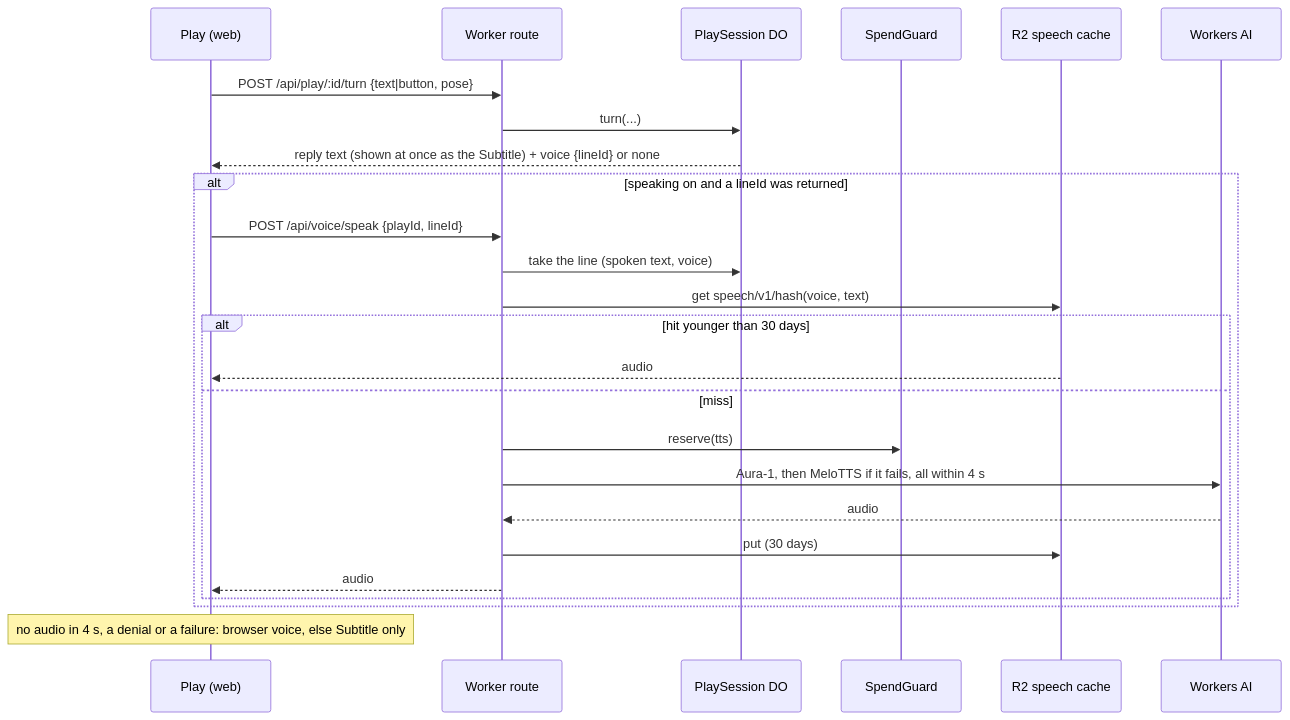
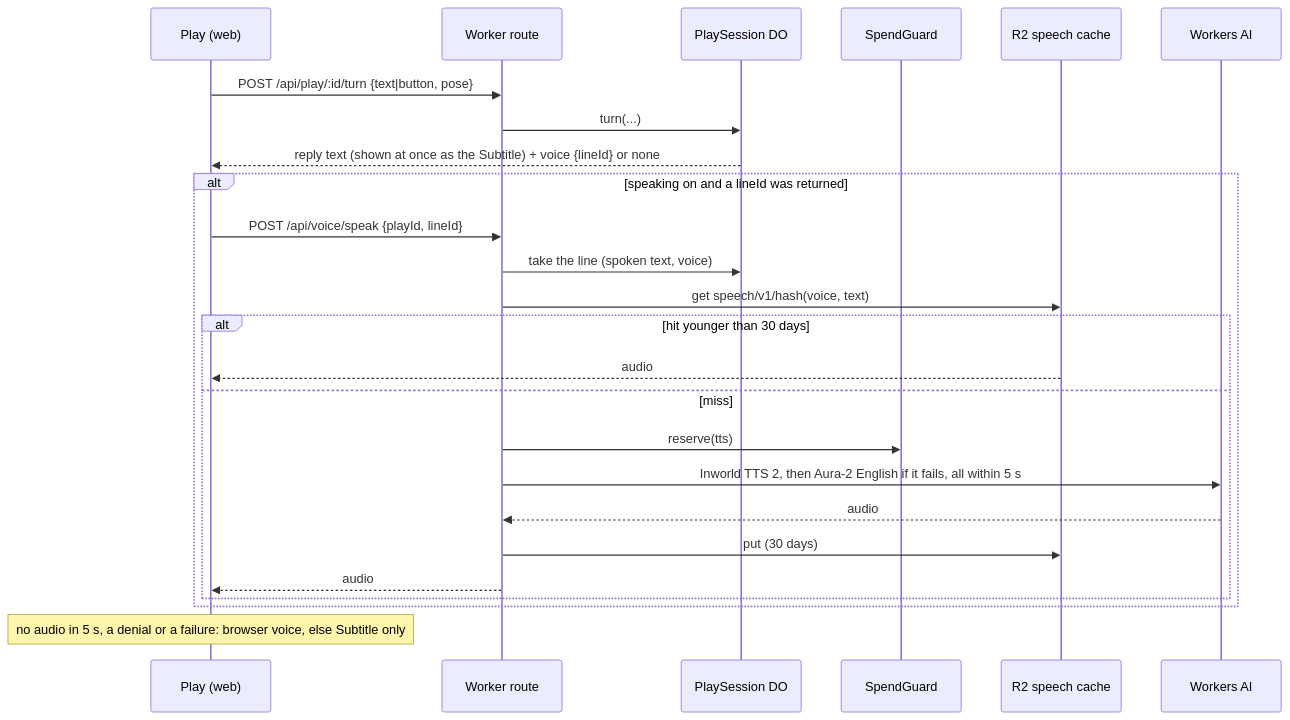
Before and after one commit to diydan/hauntology: the first of 4 diagrams in .kiro/specs/ghost-voice/design.md, drawn with Mermaid. The commit also changed other lines of this file and 18 other files, not shown here.

````diff
--- a/.kiro/specs/ghost-voice/design.md
+++ b/.kiro/specs/ghost-voice/design.md
@@ -21,27 +22,27 @@
 ```mermaid
 sequenceDiagram
   participant W as Play (web)
   participant A as Worker route
   participant S as PlaySession DO
   participant G as SpendGuard
   participant R as R2 speech cache
   participant B as Workers AI
   W->>A: POST /api/play/:id/turn {text|button, pose}
   A->>S: turn(...)
   S-->>W: reply text (shown at once as the Subtitle) + voice {lineId} or none
   alt speaking on and a lineId was returned
     W->>A: POST /api/voice/speak {playId, lineId}
     A->>S: take the line (spoken text, voice)
     A->>R: get speech/v1/hash(voice, text)
     alt hit younger than 30 days
       R-->>W: audio
     else miss
       A->>G: reserve(tts)
-      A->>B: Aura-1, then MeloTTS if it fails, all within 4 s
+      A->>B: Inworld TTS 2, then Aura-2 English if it fails, all within 5 s
       B-->>A: audio
       A->>R: put (30 days)
       A-->>W: audio
     end
   end
-  Note over W: no audio in 4 s, a denial or a failure: browser voice, else Subtitle only
+  Note over W: no audio in 5 s, a denial or a failure: browser voice, else Subtitle only
 ```
````
